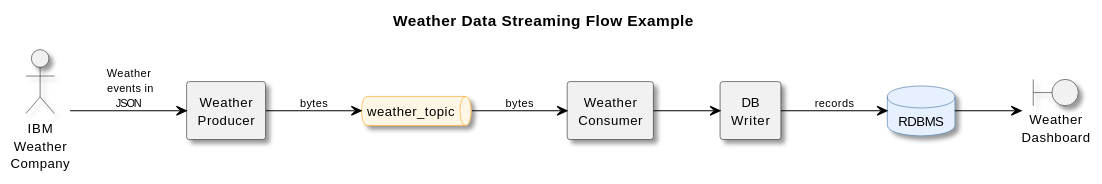
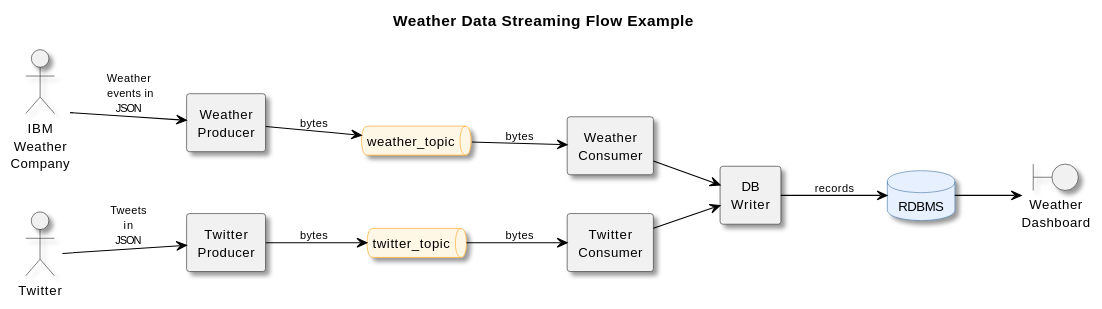
The diagram in REAMME.md (maishuji/kafka-architecture), drawn with PlantUML before and after one commit.

Commit message:
Add twitter in diagram

````diff
--- a/REAMME.md
+++ b/REAMME.md
@@ -20,40 +20,54 @@
 ```plantuml
 @startuml
 ' Left-to-right direction
 left to right direction
 ' Style settings for cleaner look
 skinparam shadowing true
 skinparam componentStyle rectangle
 skinparam defaultFontSize 12
 skinparam defaultTextAlignment center
 skinparam wrapWidth 20
 
 skinparam ArrowColor black
 skinparam ArrowFontSize 10
 
 skinparam databaseBackgroundColor #e6f0ff
 skinparam databaseBorderColor #336699
 skinparam queueBackgroundColor #fff7e6
 skinparam queueBorderColor #ff9900
 skinparam backgroundColor #ffffff
 
 title Weather Data Streaming Flow Example
 
 actor "IBM\nWeather\nCompany" as WeatherApi
 component "Weather\nProducer" as WeatherProducer
 queue "weather_topic" as WeatherTopic
 component "Weather\nConsumer" as WeatherConsumer
+
+actor "Twitter" as TwitterApi
+component "Twitter\nProducer" as TwitterProducer
+queue "twitter_topic" as TwitterTopic
+component "Twitter\nConsumer" as TwitterConsumer
+
 component "DB\nWriter" as DbWriter
 database "RDBMS" as Rdbms
 boundary "Weather\nDashboard" as WeatherDashboard
 
 WeatherApi --> WeatherProducer : Weather\n events in\nJSON
 WeatherProducer --> WeatherTopic : bytes
 WeatherTopic --> WeatherConsumer : bytes
 WeatherConsumer -->DbWriter
+
+TwitterApi --> TwitterProducer : Tweets\nin\nJSON
+TwitterProducer --> TwitterTopic : bytes
+TwitterTopic --> TwitterConsumer : bytes
+TwitterConsumer -->DbWriter
+
 DbWriter --> Rdbms : records
 Rdbms --> WeatherDashboard
 
 
+
+
 @enduml
 ```
````
